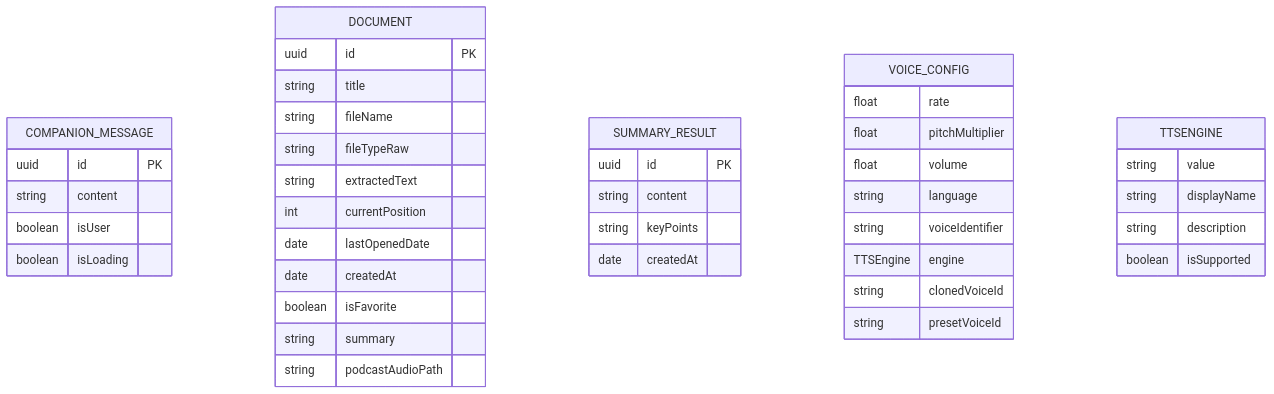
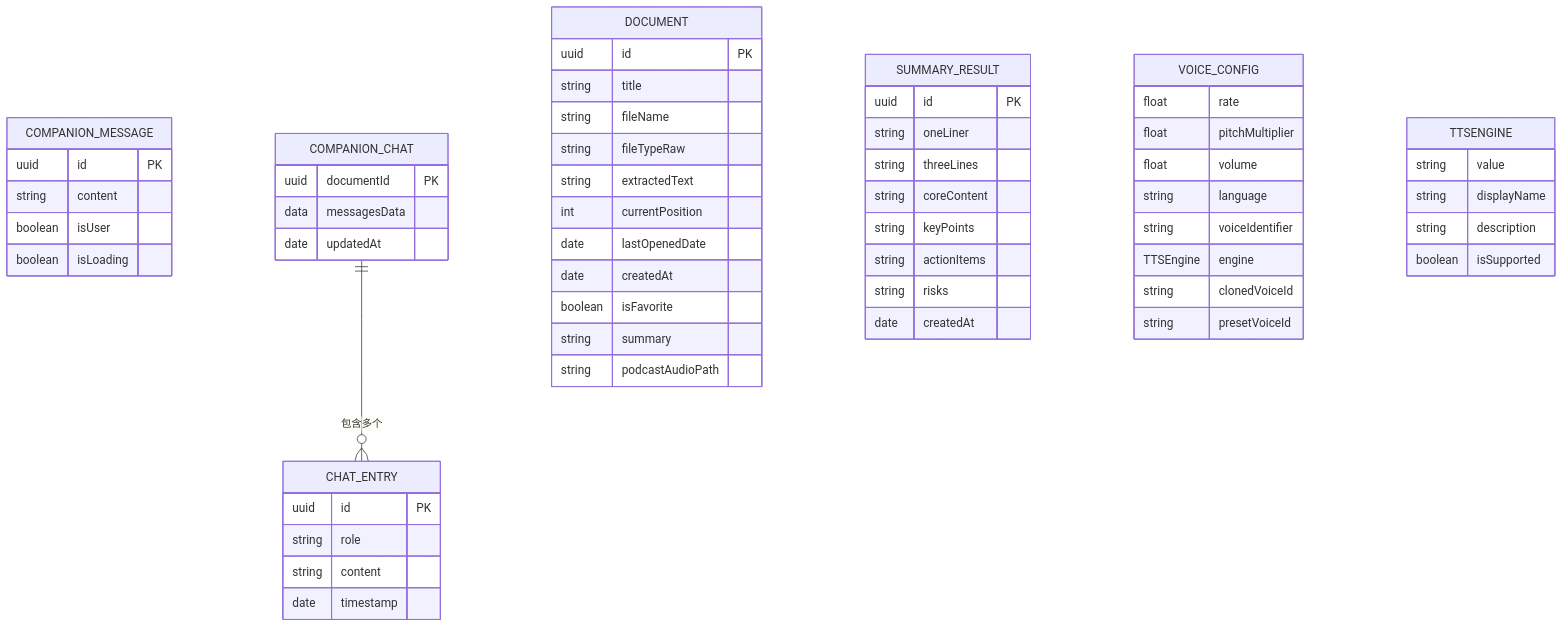
One commit to Primoguo/VoiceReader changed diagram 11 of 12 in .qoder/repowiki/zh/content/核心功能模块/AI 伴读对话功能.md. Above: the diagram before and after it, drawn with Mermaid. The commit also changed other lines of this file and 92 other files, not shown here.

````diff
--- a/.qoder/repowiki/zh/content/核心功能模块/AI 伴读对话功能.md
+++ b/.qoder/repowiki/zh/content/核心功能模块/AI 伴读对话功能.md
@@ -355,44 +539,60 @@
 ```mermaid
 erDiagram
 COMPANION_MESSAGE {
 uuid id PK
 string content
 boolean isUser
 boolean isLoading
+}
+COMPANION_CHAT {
+uuid documentId PK
+data messagesData
+date updatedAt
+}
+CHAT_ENTRY {
+uuid id PK
+string role
+string content
+date timestamp
 }
 DOCUMENT {
 uuid id PK
 string title
 string fileName
 string fileTypeRaw
 string extractedText
 int currentPosition
 date lastOpenedDate
 date createdAt
 boolean isFavorite
 string summary
 string podcastAudioPath
 }
 SUMMARY_RESULT {
 uuid id PK
-string content
+string oneLiner
+string threeLines
+string coreContent
 string keyPoints
+string actionItems
+string risks
 date createdAt
 }
 VOICE_CONFIG {
 float rate
 float pitchMultiplier
 float volume
 string language
 string voiceIdentifier
 TTSEngine engine
 string clonedVoiceId
 string presetVoiceId
 }
 TTSENGINE {
 string value
 string displayName
 string description
 boolean isSupported
 }
+COMPANION_CHAT ||--o{ CHAT_ENTRY : "包含多个"
 ```
````
